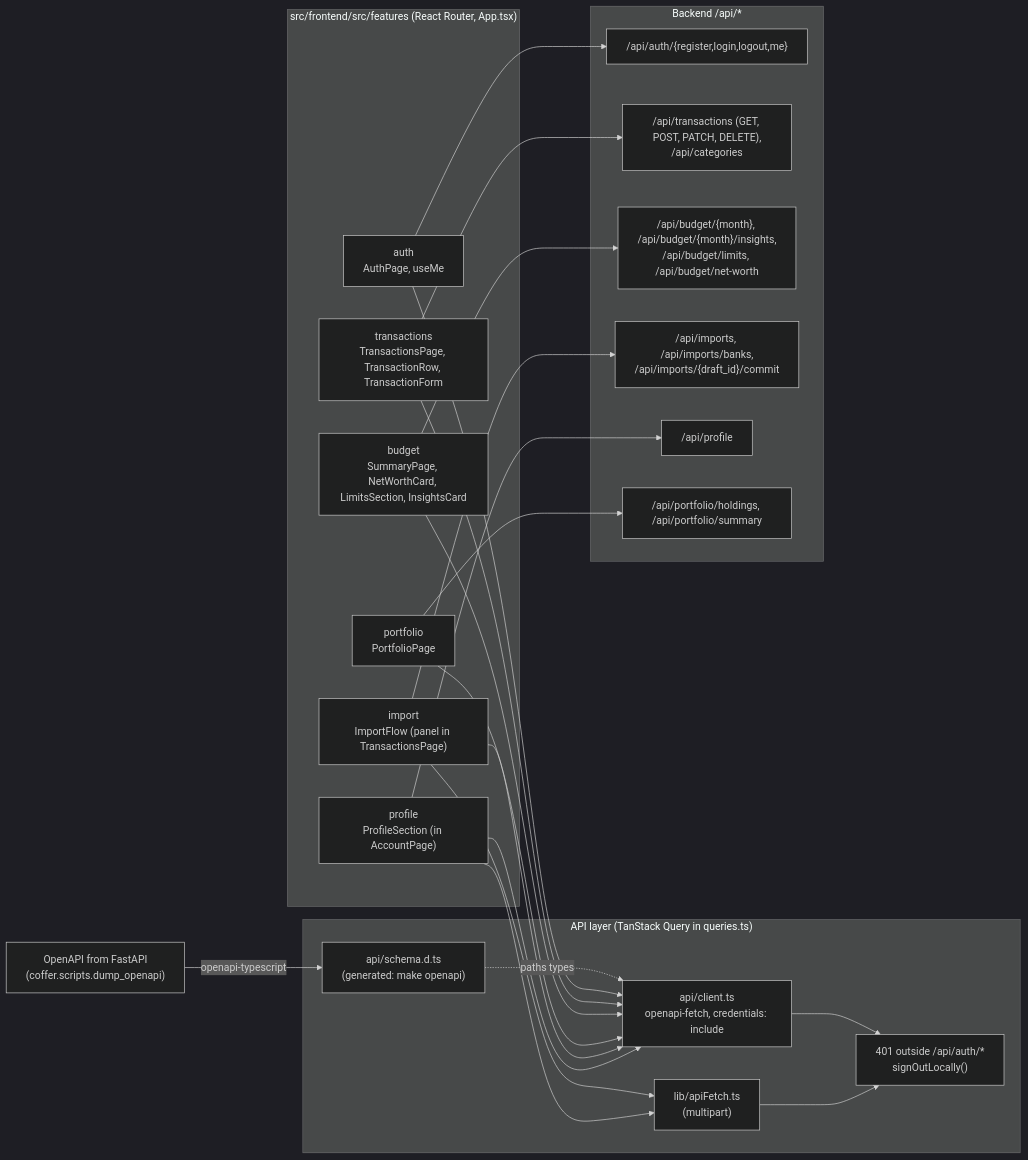
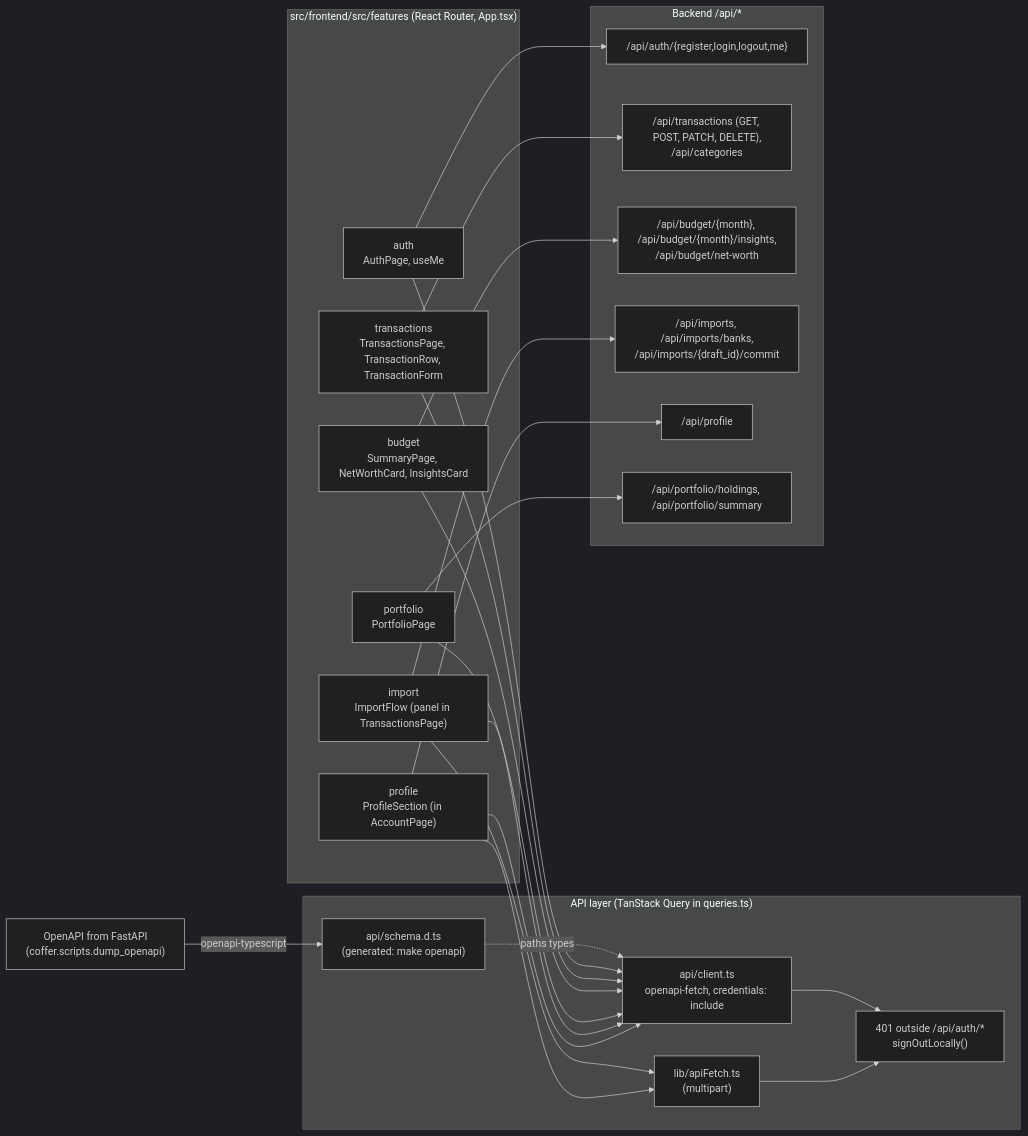
The fourth of 5 diagrams in docs/architecture.md (krzysztof-wojtowicz/coffer-demo), drawn with Mermaid (dark theme) before and after one commit. The commit also changed other lines of this file and 83 other files, not shown here.

````diff
--- a/docs/architecture.md
+++ b/docs/architecture.md
@@ -165,46 +165,46 @@
 ```mermaid
 flowchart LR
     subgraph pages["src/frontend/src/features (React Router, App.tsx)"]
         auth["auth<br/>AuthPage, useMe"]
         tx["transactions<br/>TransactionsPage, TransactionRow, TransactionForm"]
-        bud["budget<br/>SummaryPage, NetWorthCard, LimitsSection, InsightsCard"]
+        bud["budget<br/>SummaryPage, NetWorthCard, InsightsCard"]
         imp["import<br/>ImportFlow (panel in TransactionsPage)"]
         prof["profile<br/>ProfileSection (in AccountPage)"]
         port["portfolio<br/>PortfolioPage"]
     end
 
     subgraph apilayer["API layer (TanStack Query in queries.ts)"]
         client["api/client.ts<br/>openapi-fetch, credentials: include"]
         schema["api/schema.d.ts<br/>(generated: make openapi)"]
         rawfetch["lib/apiFetch.ts<br/>(multipart)"]
         guard["401 outside /api/auth/*<br/>signOutLocally()"]
     end
 
     openapi["OpenAPI from FastAPI<br/>(coffer.scripts.dump_openapi)"]
 
     subgraph endpoints["Backend /api/*"]
         e_auth["/api/auth/{register,login,logout,me}"]
         e_tx["/api/transactions (GET, POST, PATCH, DELETE),<br/>/api/categories"]
-        e_bud["/api/budget/{month}, /api/budget/{month}/insights,<br/>/api/budget/limits, /api/budget/net-worth"]
+        e_bud["/api/budget/{month}, /api/budget/{month}/insights,<br/>/api/budget/net-worth"]
         e_imp["/api/imports, /api/imports/banks,<br/>/api/imports/{draft_id}/commit"]
         e_prof["/api/profile"]
         e_port["/api/portfolio/holdings, /api/portfolio/summary"]
     end
 
     openapi -->|"openapi-typescript"| schema
     schema -.->|"paths types"| client
     auth & tx & bud & port --> client
     imp --> client
     imp --> rawfetch
     prof --> client
     prof --> rawfetch
     client --> guard
     rawfetch --> guard
 
     auth --> e_auth
     tx --> e_tx
     bud --> e_bud
     imp --> e_imp
     prof --> e_prof
     port --> e_port
 ```
````
